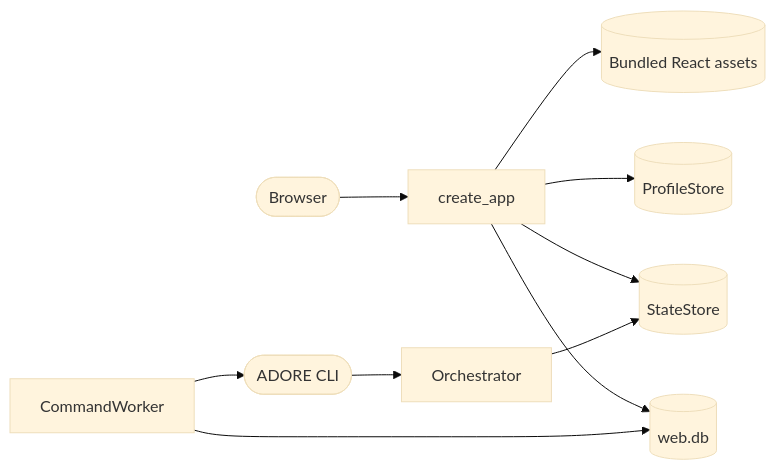
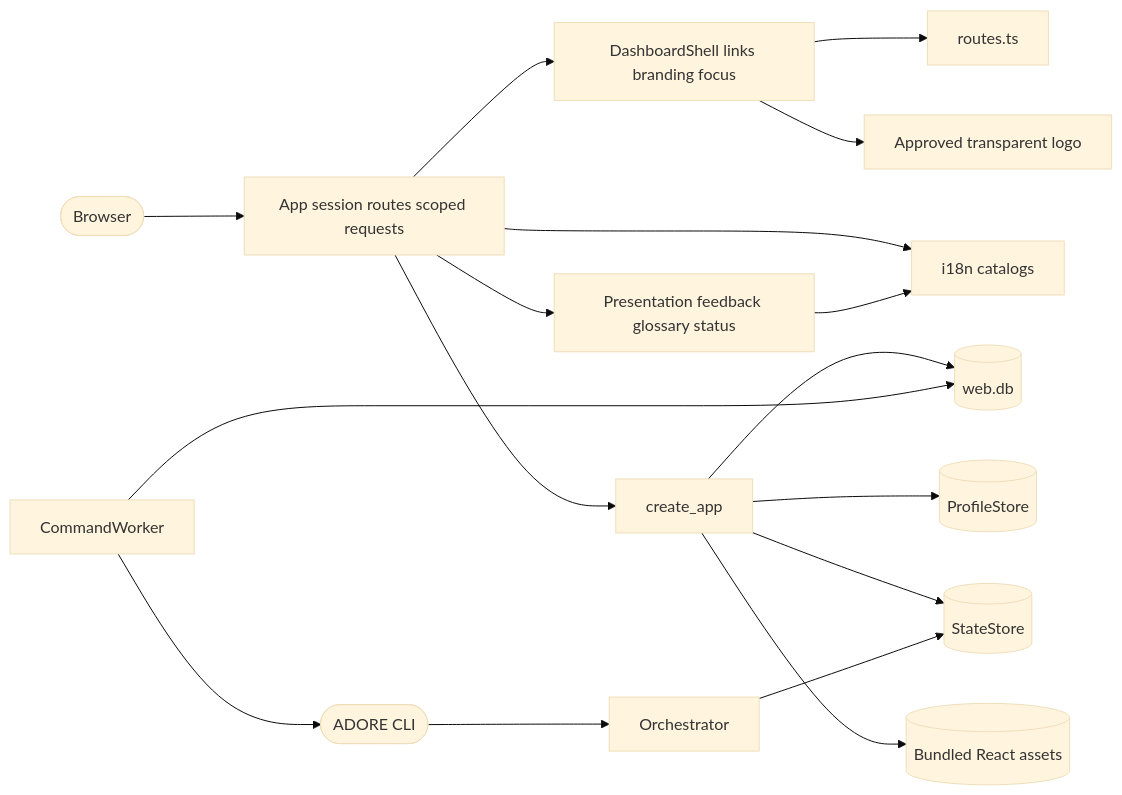
Before and after one commit to DDP-Engineering/AgenticDeliveryOrchestratorRuntimeEngine: the diagram in .agentic/knowledge/web-interface.md, drawn with Mermaid (base theme). The commit also changed other lines of this file and 26 other files, not shown here.

First line of the commit message:
feat(web): add accessible dashboard shell and scope feedback (#5)

````diff
--- a/.agentic/knowledge/web-interface.md
+++ b/.agentic/knowledge/web-interface.md
@@ -249,12 +266,19 @@
 ```mermaid
 flowchart LR
-    browser([Browser]) --> api[create_app]
+    browser([Browser]) --> App[App session routes scoped requests]
+    App --> DashboardShell[DashboardShell links branding focus]
+    App --> Presentation[Presentation feedback glossary status]
+    DashboardShell --> routes[routes.ts]
+    DashboardShell --> logo[Approved transparent logo]
+    App --> i18n[i18n catalogs]
+    Presentation --> i18n
+    App --> api[create_app]
     api --> identity[(web.db)]
     api --> profiles[(ProfileStore)]
     api --> state[(StateStore)]
     api --> assets[(Bundled React assets)]
     worker[CommandWorker] --> identity
     worker --> cli([ADORE CLI])
     cli --> conductor[Orchestrator]
     conductor --> state
 ```
````
